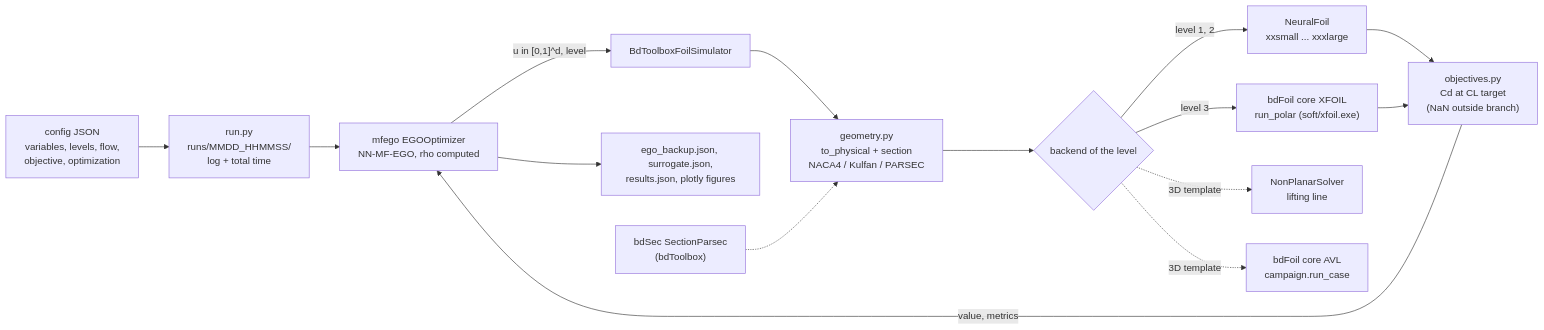
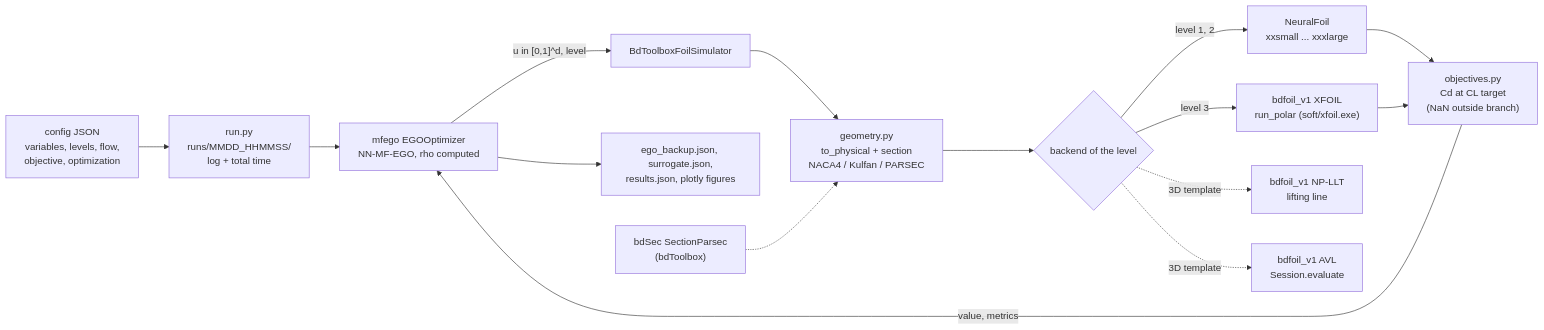
One commit to adricoz/Multifidelity-GP changed the diagram in charts/bdtoolbox_pipeline.mmd. Above: the diagram before and after it, drawn with Mermaid. The commit also changed 18 other files, not shown here.

```diff
--- a/charts/bdtoolbox_pipeline.mmd
+++ b/charts/bdtoolbox_pipeline.mmd
@@ -1,16 +1,16 @@
 %% mfego <-> bdToolbox foil pipeline (pipelines/bdtoolbox_foil)
 flowchart LR
     CFG["config JSON<br/>variables, levels, flow,<br/>objective, optimization"] --> RUN["run.py<br/>runs/MMDD_HHMMSS/<br/>log + total time"]
     RUN --> EGO["mfego EGOOptimizer<br/>NN-MF-EGO, rho computed"]
     EGO -- "u in [0,1]^d, level" --> SIM["BdToolboxFoilSimulator"]
     SIM --> GEO["geometry.py<br/>to_physical + section<br/>NACA4 / Kulfan / PARSEC"]
     GEO --> BACK{"backend of the level"}
     BACK -- "level 1, 2" --> NF["NeuralFoil<br/>xxsmall ... xxxlarge"]
-    BACK -- "level 3" --> XF["bdFoil core XFOIL<br/>run_polar (soft/xfoil.exe)"]
-    BACK -. "3D template" .-> LLT["NonPlanarSolver<br/>lifting line"]
-    BACK -. "3D template" .-> AVL["bdFoil core AVL<br/>campaign.run_case"]
+    BACK -- "level 3" --> XF["bdfoil_v1 XFOIL<br/>run_polar (soft/xfoil.exe)"]
+    BACK -. "3D template" .-> LLT["bdfoil_v1 NP-LLT<br/>lifting line"]
+    BACK -. "3D template" .-> AVL["bdfoil_v1 AVL<br/>Session.evaluate"]
     NF --> OBJ["objectives.py<br/>Cd at CL target<br/>(NaN outside branch)"]
     XF --> OBJ
     OBJ -- "value, metrics" --> EGO
     EGO --> OUT["ego_backup.json, surrogate.json,<br/>results.json, plotly figures"]
     PARSEC["bdSec SectionParsec<br/>(bdToolbox)"] -.-> GEO
```
